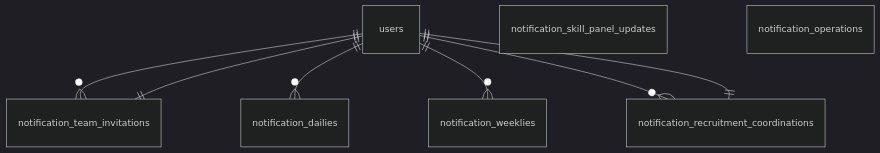
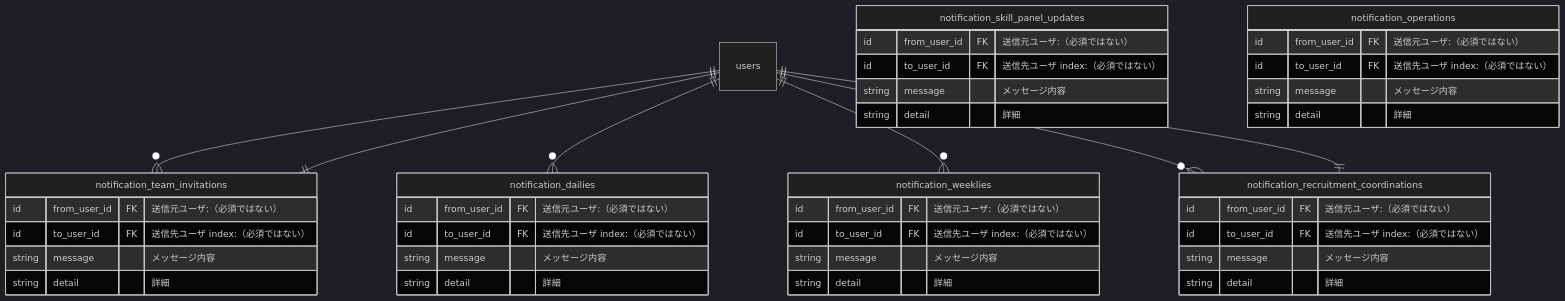
Before and after one commit to bright-org/bright: the third of 6 diagrams in docs/conceptual_schemas/notifications.md, drawn with Mermaid (dark theme). The commit also changed other lines of this file, not shown here.

Commit message:
各テーブル共通部分を定義

````diff
--- a/docs/conceptual_schemas/notifications.md
+++ b/docs/conceptual_schemas/notifications.md
@@ -38,14 +38,57 @@
 ```mermaid
 erDiagram
   "users" ||--o{ "notification_team_invitations" : ""
   "notification_team_invitations" ||--|| "users" : ""
 
   "users" ||--o{ "notification_dailies" : ""
   "users" ||--o{ "notification_weeklies" : ""
 
   "users" ||--o{ "notification_recruitment_coordinations" : ""
   "notification_recruitment_coordinations" ||--|| "users" : ""
 
   "notification_skill_panel_updates"
   "notification_operations"
+
+  notification_team_invitations {
+    id from_user_id	FK "送信元ユーザ:（必須ではない）"
+    id to_user_id	FK "送信先ユーザ index:（必須ではない）"
+    string message	"メッセージ内容"
+    string detail	"詳細"
+  }
+  
+  notification_dailies {
+    id from_user_id	FK "送信元ユーザ:（必須ではない）"
+    id to_user_id	FK "送信先ユーザ index:（必須ではない）"
+    string message	"メッセージ内容"
+    string detail	"詳細"
+  }
+
+  notification_weeklies {
+    id from_user_id	FK "送信元ユーザ:（必須ではない）"
+    id to_user_id	FK "送信先ユーザ index:（必須ではない）"
+    string message	"メッセージ内容"
+    string detail	"詳細"
+  }
+
+  notification_recruitment_coordinations {
+    id from_user_id	FK "送信元ユーザ:（必須ではない）"
+    id to_user_id	FK "送信先ユーザ index:（必須ではない）"
+    string message	"メッセージ内容"
+    string detail	"詳細"
+  }
+
+  notification_skill_panel_updates {
+    id from_user_id	FK "送信元ユーザ:（必須ではない）"
+    id to_user_id	FK "送信先ユーザ index:（必須ではない）"
+    string message	"メッセージ内容"
+    string detail	"詳細"
+  }
+
+  notification_operations {
+    id from_user_id	FK "送信元ユーザ:（必須ではない）"
+    id to_user_id	FK "送信先ユーザ index:（必須ではない）"
+    string message	"メッセージ内容"
+    string detail	"詳細"
+  }
+  
 ```
````
